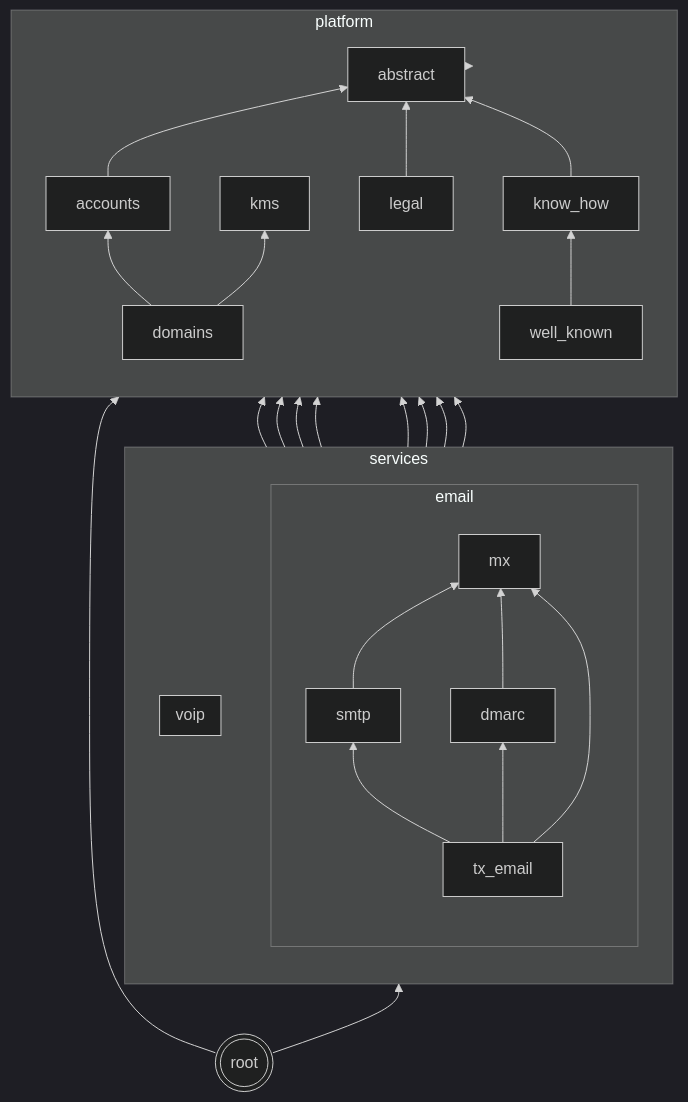
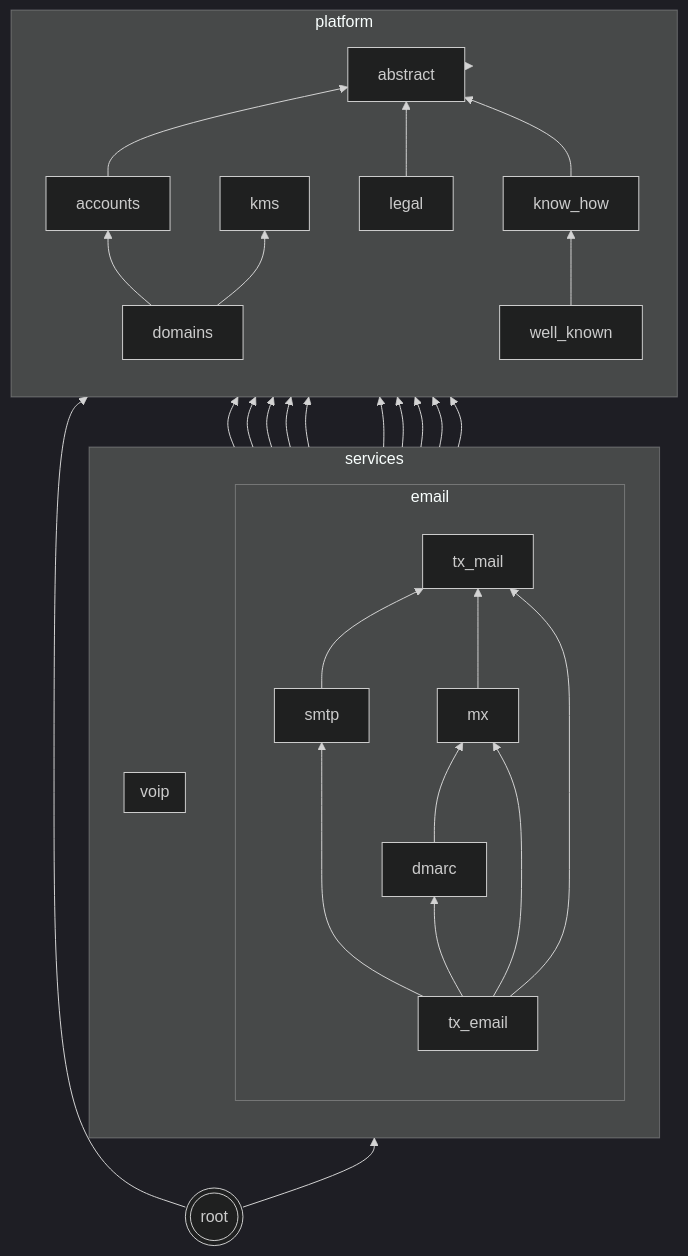
One commit to codingjoe/relay changed the diagram in README.md. Above: the diagram before and after it, drawn with Mermaid (dark theme). The commit also changed 52 other files, not shown here.

````diff
--- a/README.md
+++ b/README.md
@@ -144,49 +144,54 @@
 ```mermaid
 graph BT
  abstract[abstract];
  kms[kms];
  subgraph platform
  direction BT
  accounts
  domains
  know_how[know_how]
  legal
  well_known[well_known]
  domains --> accounts
  accounts --> abstract
  domains --> kms
  legal --> abstract
  know_how --> abstract
  well_known --> know_how
  end
  subgraph services
  direction BT
  subgraph email
  direction BT
  tx_email[tx_email]
+ tx_mail[tx_mail]
  smtp
  mx
  dmarc
+ tx_mail --> accounts
+ smtp --> tx_mail
  smtp --> accounts
  smtp --> domains
- smtp --> mx
+ smtp --> kms
+ mx --> tx_mail
  mx --> accounts
  mx --> domains
  mx --> kms
  dmarc --> accounts
  dmarc --> domains
  dmarc --> mx
+ tx_email --> tx_mail
  tx_email --> smtp
  tx_email --> mx
  tx_email --> dmarc
  end
  subgraph voip
  direction BT
  end
  end
  services --> platform;
  platform --> abstract;
  root --> services;
  root --> platform;
  root(((root)))
 ```
````
